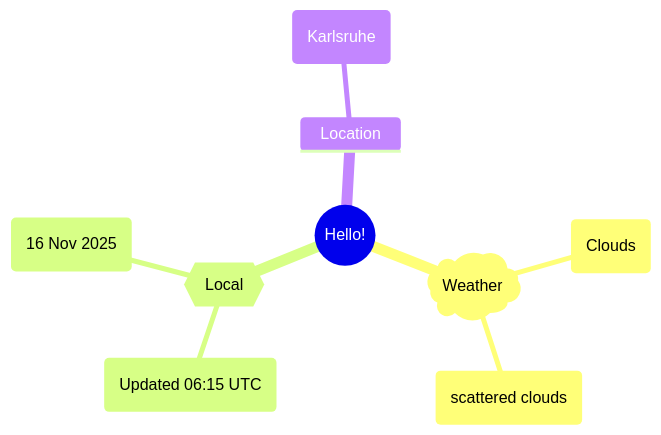
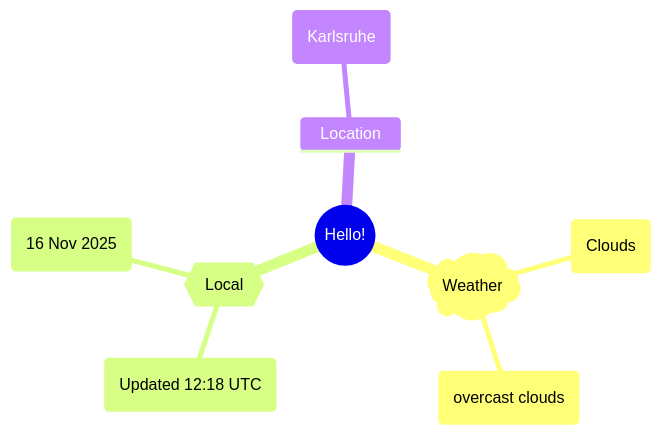
One commit to Xosrov/Xosrov changed the first of 2 diagrams in README.md. Above: the diagram before and after it, drawn with Mermaid.

Commit message:
[bot] updated images

````diff
--- a/README.md
+++ b/README.md
@@ -3,12 +3,12 @@
 ```mermaid
 mindmap
   root((Hello!))
     )Weather(
         (Clouds)
-        (scattered clouds)
+        (overcast clouds)
     {{Local}}
-        (Updated 06:15 UTC)
+        (Updated 12:18 UTC)
         (16 Nov 2025)
     Location
         (Karlsruhe)
 ```
````
